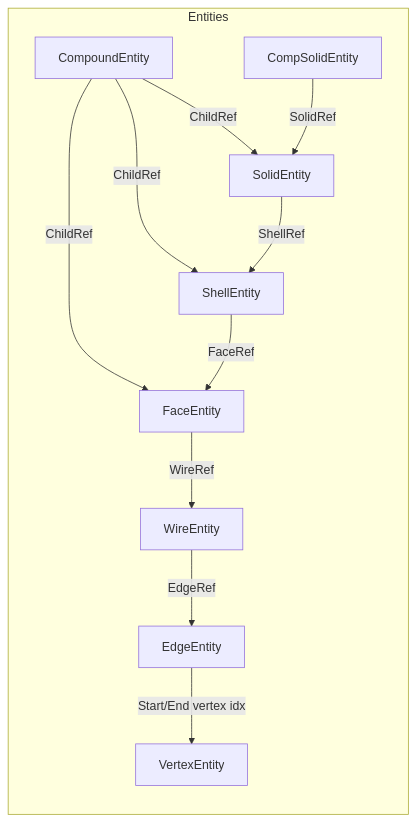
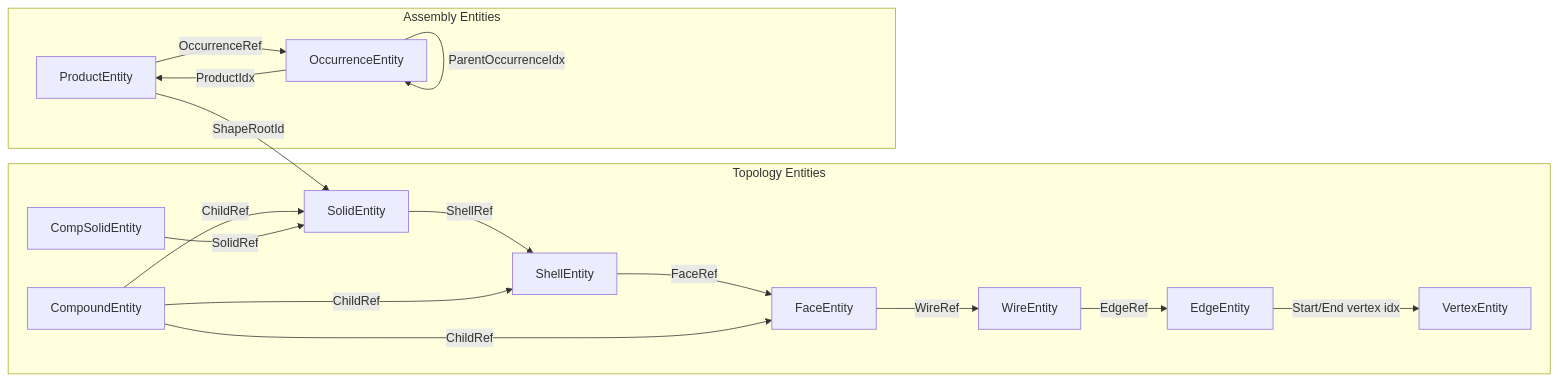
Before and after one commit to Open-Cascade-SAS/OCCT: the second of 5 diagrams in src/ModelingData/TKBRep/BRepGraphInc/README.md, drawn with Mermaid. The commit also changed other lines of this file and 27 other files, not shown here.

````diff
--- a/src/ModelingData/TKBRep/BRepGraphInc/README.md
+++ b/src/ModelingData/TKBRep/BRepGraphInc/README.md
@@ -34,23 +36,33 @@
 ```mermaid
 flowchart LR
-	subgraph Entities
+	subgraph Topology Entities
 		V[VertexEntity]
 		E[EdgeEntity]
 		W[WireEntity]
 		F[FaceEntity]
 		SH[ShellEntity]
 		SO[SolidEntity]
 		CO[CompoundEntity]
 		CS[CompSolidEntity]
+	end
+
+	subgraph Assembly Entities
+		PR[ProductEntity]
+		OC[OccurrenceEntity]
 	end
 
 	F -->|WireRef| W
 	W -->|EdgeRef| E
 	E -->|Start/End vertex idx| V
 	SH -->|FaceRef| F
 	SO -->|ShellRef| SH
 	CO -->|ChildRef| SO
 	CO -->|ChildRef| SH
 	CO -->|ChildRef| F
 	CS -->|SolidRef| SO
+
+	PR -->|OccurrenceRef| OC
+	PR -->|ShapeRootId| SO
+	OC -->|ProductIdx| PR
+	OC -->|ParentOccurrenceIdx| OC
 ```
````
